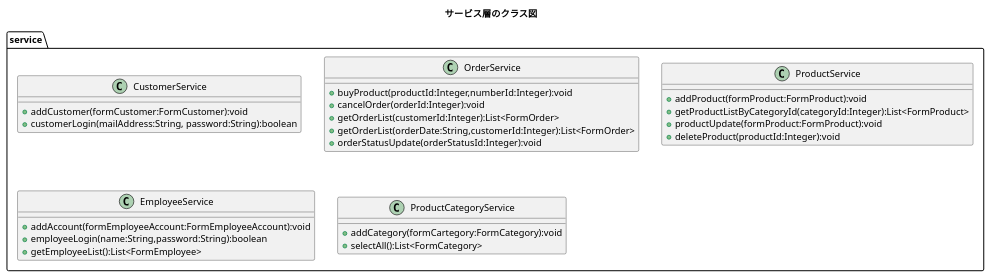
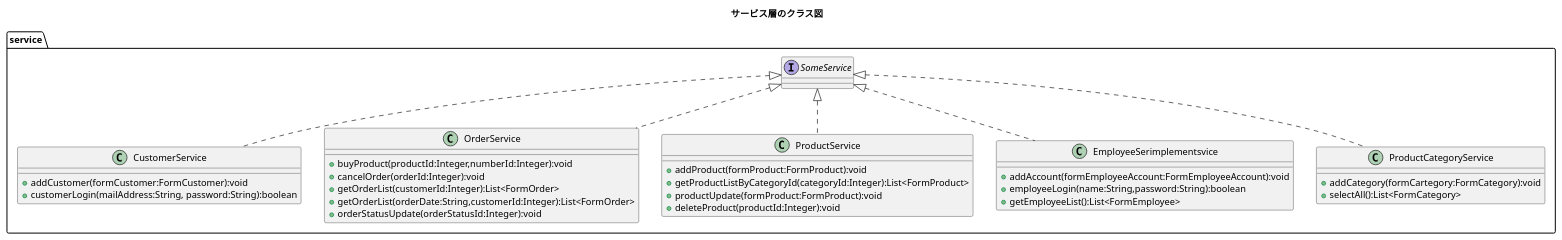
The diagram in plan/uml/class/service.plantuml (kanavii3333/ec-b), drawn with PlantUML before and after one commit.

Commit message:
Serviceクラス図修正

```diff
--- a/plan/uml/class/service.plantuml
+++ b/plan/uml/class/service.plantuml
@@ -1,36 +1,39 @@
 @startuml
 title サービス層のクラス図
 package service{
-	class CustomerService{
+	class CustomerService implements SomeService{
 		+ addCustomer(formCustomer:FormCustomer):void
 		+ customerLogin(mailAddress:String, password:String):boolean
 	}
 	
-	class OrderService{
+	class OrderService implements SomeService{
 		+ buyProduct(productId:Integer,numberId:Integer):void
 		+ cancelOrder(orderId:Integer):void
 		+ getOrderList(customerId:Integer):List<FormOrder>
 		+ getOrderList(orderDate:String,customerId:Integer):List<FormOrder>
 		+ orderStatusUpdate(orderStatusId:Integer):void
 	}
 	
-	class ProductService{
+	class ProductService implements SomeService{
 		+ addProduct(formProduct:FormProduct):void
 		+ getProductListByCategoryId(categoryId:Integer):List<FormProduct>
 		+ productUpdate(formProduct:FormProduct):void
 		+ deleteProduct(productId:Integer):void
 	}
 
 
-	class EmployeeService{
+	class EmployeeSerimplementsvice implements SomeService{
 		+ addAccount(formEmployeeAccount:FormEmployeeAccount):void
 		+ employeeLogin(name:String,password:String):boolean
 		+ getEmployeeList():List<FormEmployee>
 	}
 	
-	class ProductCategoryService{
+	class ProductCategoryService implements SomeService{
 		+ addCategory(formCartegory:FormCategory):void
 		+ selectAll():List<FormCategory>
 	}	
 }
+
+
+
 @enduml
```
